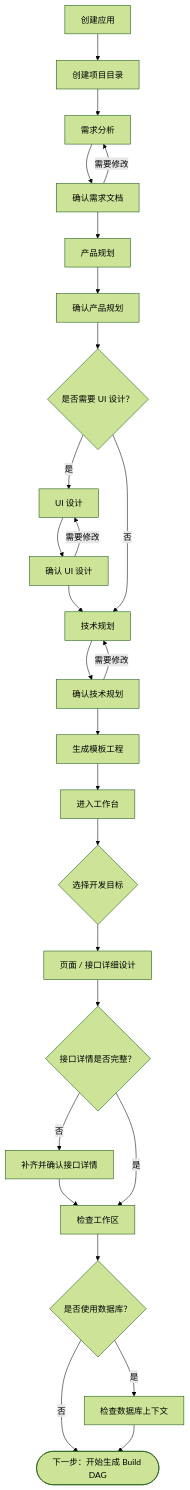
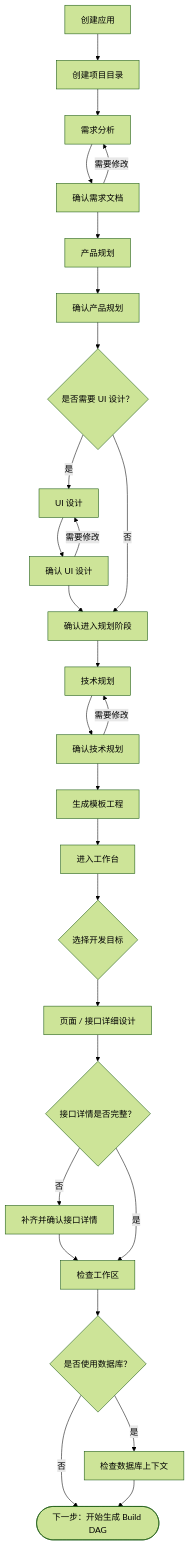
Before and after one commit to YYYWYF/XCodeAgent: the diagram in docs/APPLICATION_CREATION_FLOW.md, drawn with Mermaid (forest theme). The commit also changed other lines of this file and 62 other files, not shown here.

````diff
--- a/docs/APPLICATION_CREATION_FLOW.md
+++ b/docs/APPLICATION_CREATION_FLOW.md
@@ -11,38 +11,40 @@
 ```mermaid
 flowchart TD
     A["创建应用"] --> B["创建项目目录"]
     B --> C["需求分析"]
     C --> D["确认需求文档"]
     D --> E["产品规划"]
     E --> F["确认产品规划"]
 
     D -->|"需要修改"| C
     F --> U{"是否需要 UI 设计？"}
 
     U -->|"是"| G["UI 设计"]
     G --> H["确认 UI 设计"]
     H -->|"需要修改"| G
 
-    H --> I["技术规划"]
+    H --> I0["确认进入规划阶段"]
 
-    U -->|"否"| I["技术规划"]
+    U -->|"否"| I0
+
+    I0 --> I["技术规划"]
 
     I --> J["确认技术规划"]
     J -->|"需要修改"| I
 
     J --> K["生成模板工程"]
 
     K --> L["进入工作台"]
     L --> M{"选择开发目标"}
     M --> N["页面 / 接口详细设计"]
     N --> O{"接口详情是否完整？"}
 
     O -->|"否"| P["补齐并确认接口详情"]
     P --> Q["检查工作区"]
     O -->|"是"| Q
 
     Q --> R{"是否使用数据库？"}
     R -->|"否"| S(["下一步：开始生成 Build DAG"])
     R -->|"是"| T["检查数据库上下文"]
     T --> S
 ```
````
